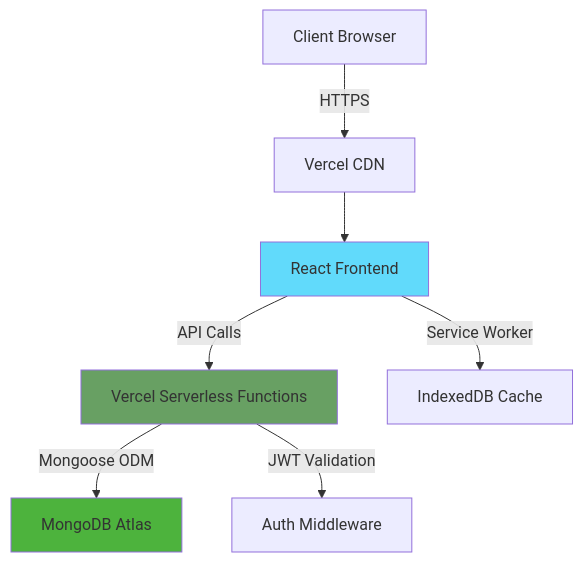
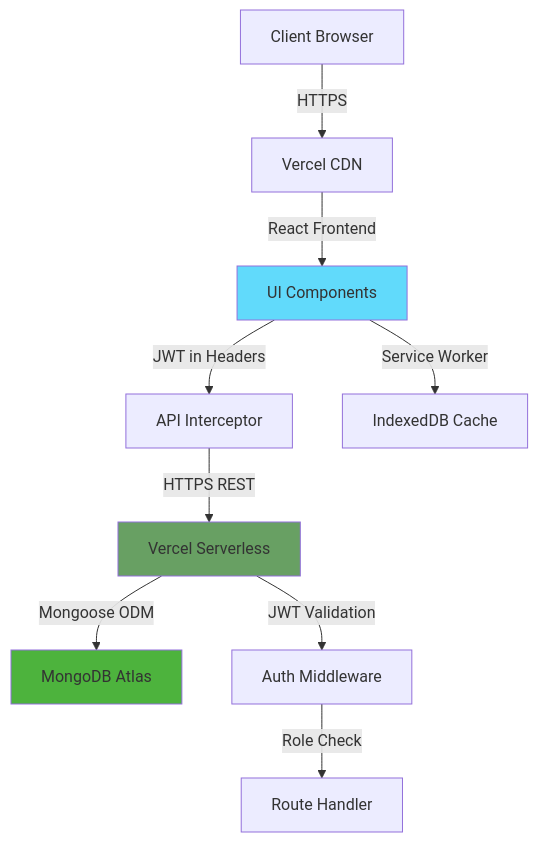
One commit to SAIVISHAL007/StudentLateTrackingSystem-Clean changed the diagram in README.md. Above: the diagram before and after it, drawn with Mermaid. The commit also changed other lines of this file, not shown here.

Commit message:
docs: update README with comprehensive role-based access control documentation and new screenshots

````diff
--- a/README.md
+++ b/README.md
@@ -165,13 +213,16 @@
 ```mermaid
 graph TB
-    A[Client Browser] -->|HTTPS| B[Vercel CDN]
-    B --> C[React Frontend]
-    C -->|API Calls| D[Vercel Serverless Functions]
-    D -->|Mongoose ODM| E[MongoDB Atlas]
-    D -->|JWT Validation| F[Auth Middleware]
-    C -->|Service Worker| G[IndexedDB Cache]
+    A[Client Browser]
+    A -->|HTTPS| B[Vercel CDN]
+    B -->|React Frontend| C[UI Components]
+    C -->|JWT in Headers| D[API Interceptor]
+    D -->|HTTPS REST| E[Vercel Serverless]
+    E -->|Mongoose ODM| F[MongoDB Atlas]
+    E -->|JWT Validation| G[Auth Middleware]
+    G -->|Role Check| H[Route Handler]
+    C -->|Service Worker| I[IndexedDB Cache]
     
     style C fill:#61DAFB
-    style D fill:#68A063
-    style E fill:#4DB33D
+    style E fill:#68A063
+    style F fill:#4DB33D
 ```
````
